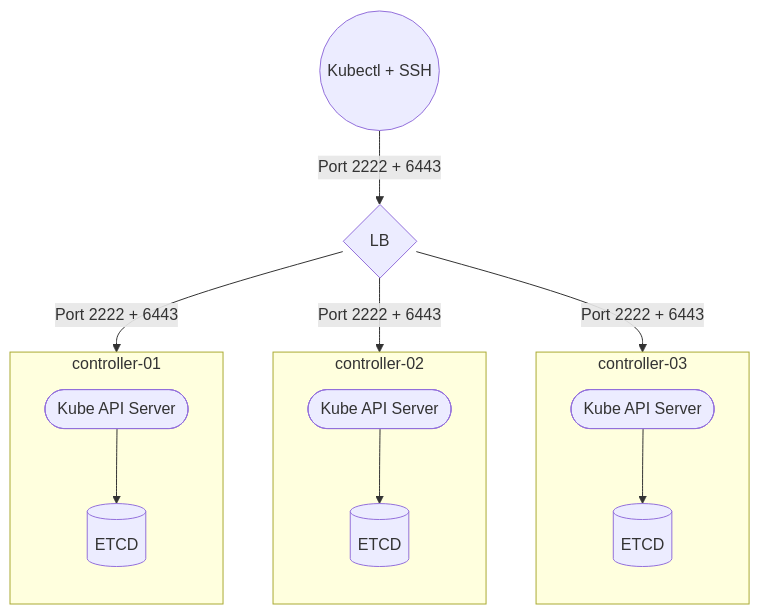
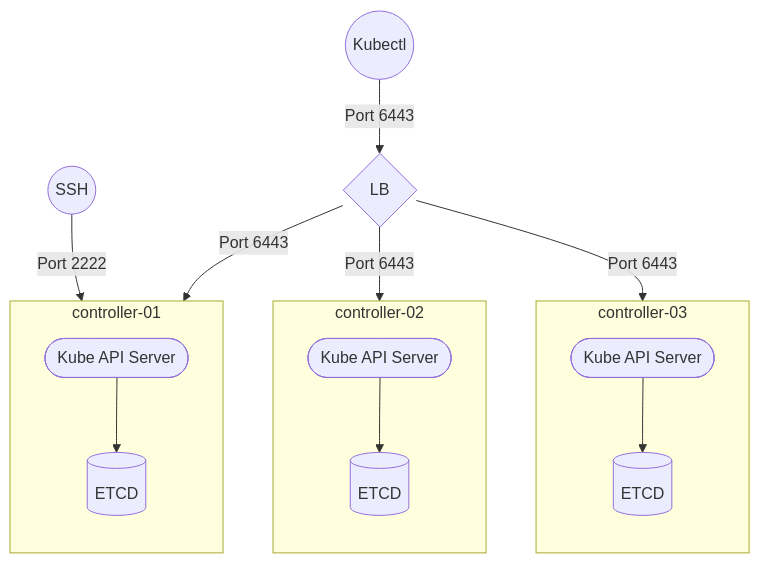
Before and after one commit to okami101/terraform-hcloud-k3s: the first of 2 diagrams in README.md, drawn with Mermaid. The commit also changed other lines of this file and 3 other files, not shown here.

````diff
--- a/README.md
+++ b/README.md
@@ -141,27 +134,29 @@
 ```mermaid
 flowchart TB
-admin((Kubectl + SSH))
-admin -- Port 2222 + 6443 --> lb{LB}
+ssh((SSH))
+kubectl((Kubectl))
+kubectl -- Port 6443 --> lb{LB}
+ssh -- Port 2222 --> controller-01
 lb{LB}
 subgraph controller-01
   direction TB
   kube-apiserver-01([Kube API Server])
   etcd-01[(ETCD)]
   kube-apiserver-01 --> etcd-01
 end
 subgraph controller-02
   direction TB
   kube-apiserver-02([Kube API Server])
   etcd-02[(ETCD)]
   kube-apiserver-02 --> etcd-02
 end
 subgraph controller-03
   direction TB
   kube-apiserver-03([Kube API Server])
   etcd-03[(ETCD)]
   kube-apiserver-03 --> etcd-03
 end
-lb -- Port 2222 + 6443 --> controller-01
-lb -- Port 2222 + 6443 --> controller-02
-lb -- Port 2222 + 6443 --> controller-03
+lb -- Port 6443 --> controller-01
+lb -- Port 6443 --> controller-02
+lb -- Port 6443 --> controller-03
 ```
````
